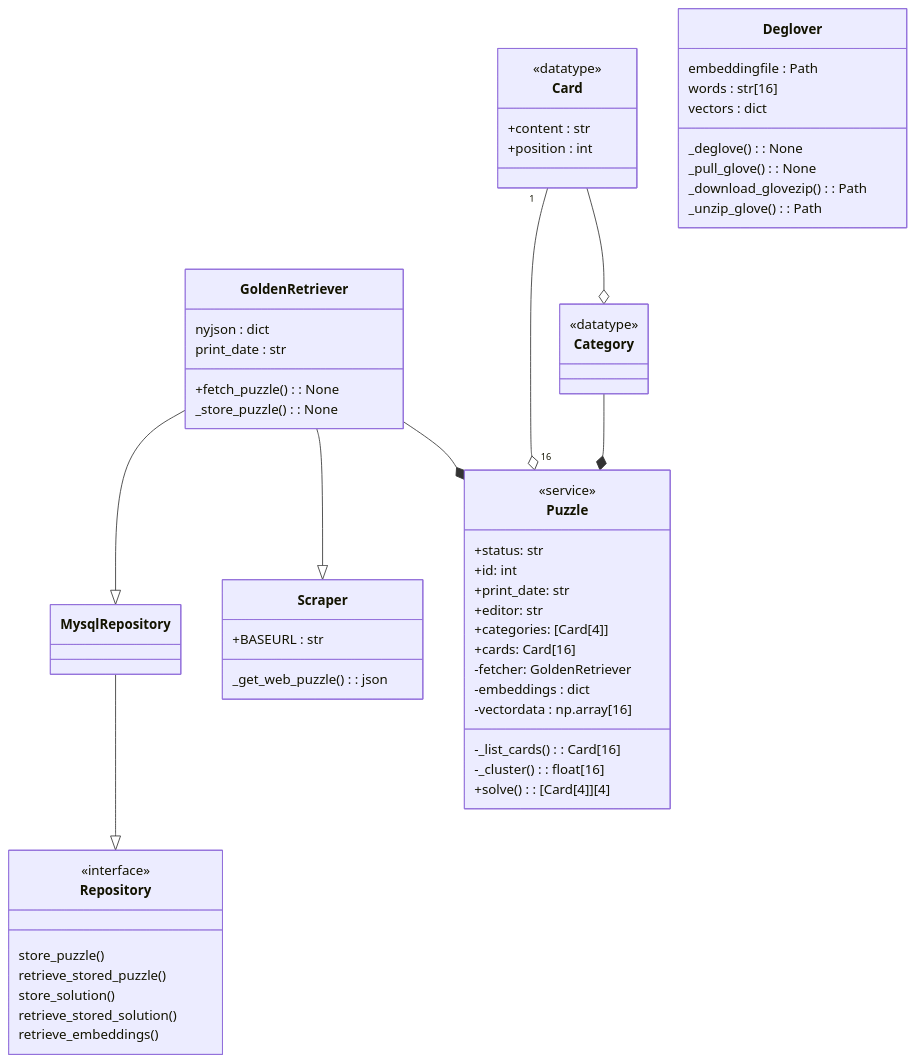
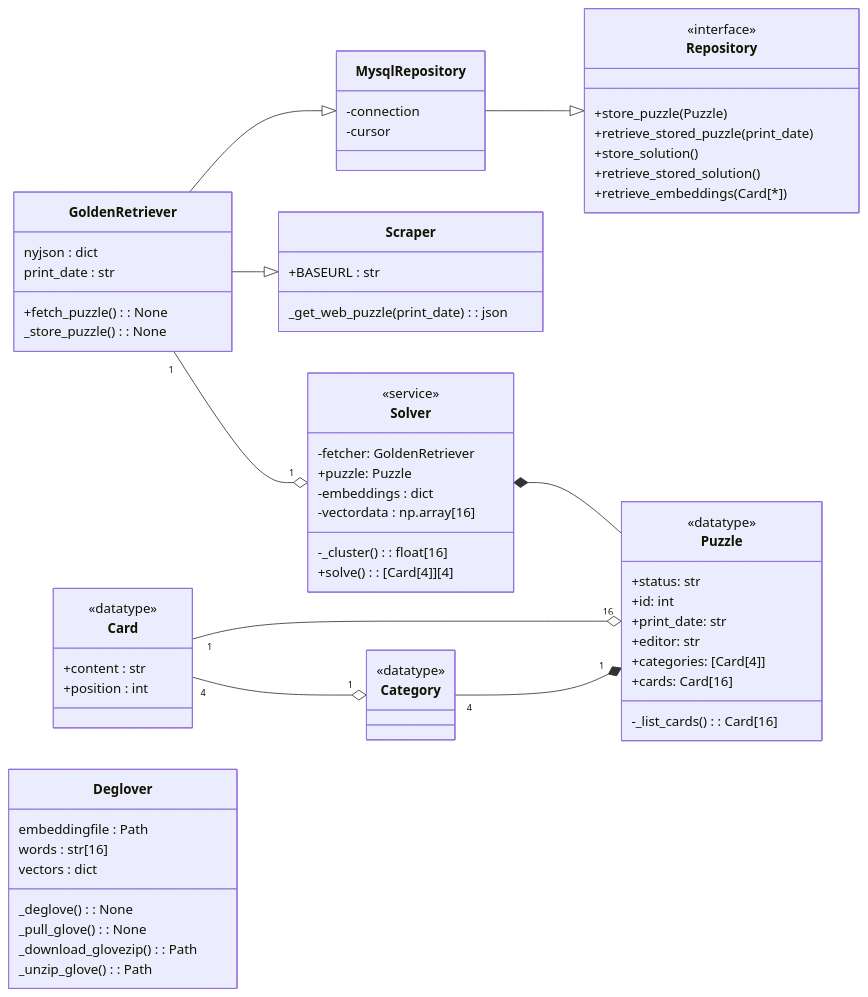
Before and after one commit to nelson-ryan/connector: the diagram in README.md, drawn with Mermaid. The commit also changed other lines of this file and 5 other files, not shown here.

Commit message:
Separate Puzzle from Solver

````diff
--- a/README.md
+++ b/README.md
@@ -21,18 +22,24 @@
 ```mermaid
 classDiagram
+direction LR
 
 class Repository {
     <<interface>>
-    store_puzzle()
-    retrieve_stored_puzzle()
-    store_solution()
-    retrieve_stored_solution()
-    retrieve_embeddings()
+    +store_puzzle(Puzzle)
+    +retrieve_stored_puzzle(print_date)
+    +store_solution()
+    +retrieve_stored_solution()
+    +retrieve_embeddings(Card[*])
+}
+
+class MysqlRepository {
+    -connection
+    -cursor
 }
 
 class Scraper {
     +BASEURL : str
-    _get_web_puzzle(): json
+    _get_web_puzzle(print_date) : json
 }
 
 class GoldenRetriever {
@@ -44,19 +51,24 @@
 }
 
 class Puzzle {
-    <<service>>
+    <<datatype>>
     +status: str
     +id: int
     +print_date: str
     +editor: str
     +categories: [Card[4]]
     +cards: Card[16]
+    -_list_cards() : Card[16]
+}
+
+class Solver {
+    <<service>>
     -fetcher: GoldenRetriever
+    +puzzle: Puzzle
 
     -embeddings : dict
     -vectordata : np.array[16]
 
-    -_list_cards() : Card[16]
     -_cluster() : float[16]
     +solve() : [Card[4]][4]
 
@@ -88,12 +100,13 @@
 MysqlRepository --|>  Repository
 GoldenRetriever --|> MysqlRepository
 GoldenRetriever --|> Scraper
+Solver *-- Puzzle
 
-GoldenRetriever --* Puzzle 
+GoldenRetriever "1" --o "1" Solver 
 Card "1" --o "16" Puzzle
 
-Card --o Category
-Category --* Puzzle
+Card "4" --o "1" Category
+Category "4" --* "1" Puzzle
 
 
 ```
````
